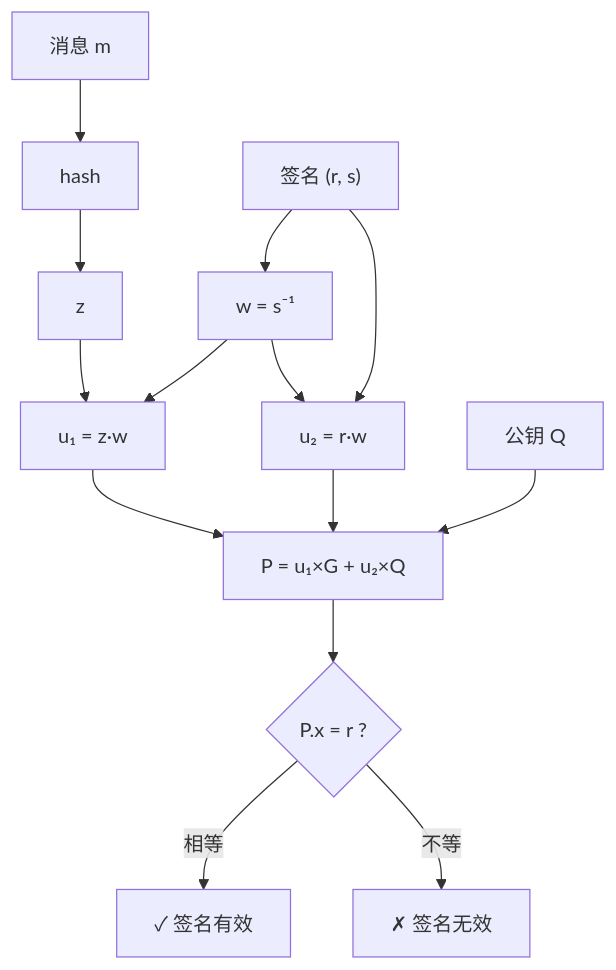
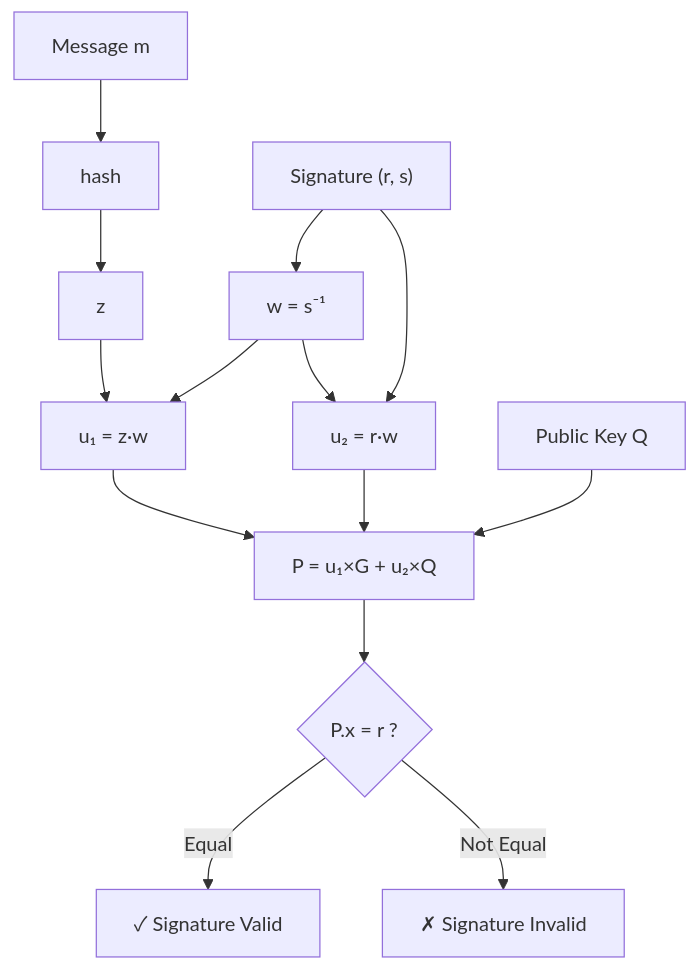
The second of 2 diagrams in docs/cryptography/ecdsa.md (stars-labs/cryptograph-onboarding-trainning), drawn with Mermaid before and after one commit. The commit also changed other lines of this file and 15 other files, not shown here.

````diff
--- a/docs/cryptography/ecdsa.md
+++ b/docs/cryptography/ecdsa.md
@@ -128,16 +128,16 @@
 ```mermaid
 flowchart TD
-    M[消息 m] --> H[hash]
+    M[Message m] --> H[hash]
     H --> Z[z]
-    SIG["签名 (r, s)"] --> W["w = s⁻¹"]
+    SIG["Signature (r, s)"] --> W["w = s⁻¹"]
     Z --> U1["u₁ = z·w"]
     W --> U1
     W --> U2["u₂ = r·w"]
     SIG --> U2
     U1 --> P["P = u₁×G + u₂×Q"]
     U2 --> P
-    Q[公钥 Q] --> P
+    Q[Public Key Q] --> P
     P --> CHECK{"P.x = r ?"}
-    CHECK -->|相等| VALID[✓ 签名有效]
-    CHECK -->|不等| INVALID[✗ 签名无效]
+    CHECK -->|Equal| VALID[✓ Signature Valid]
+    CHECK -->|Not Equal| INVALID[✗ Signature Invalid]
 ```
````
